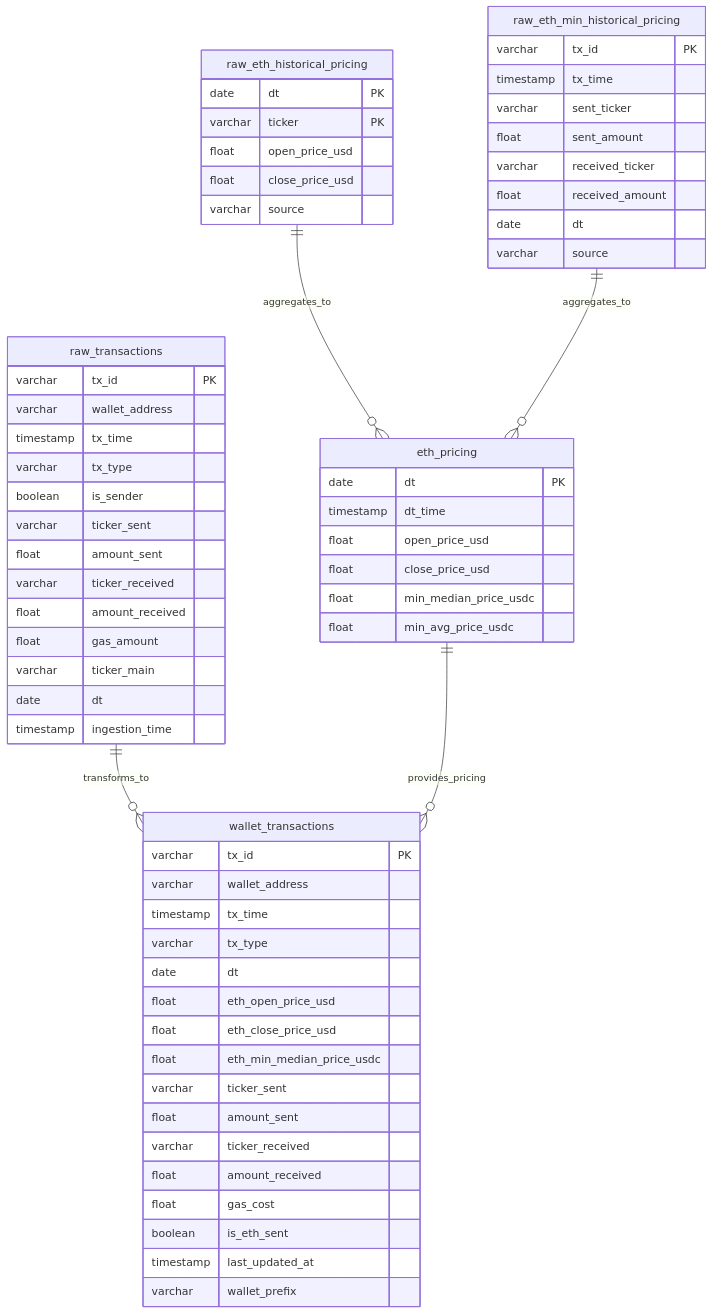
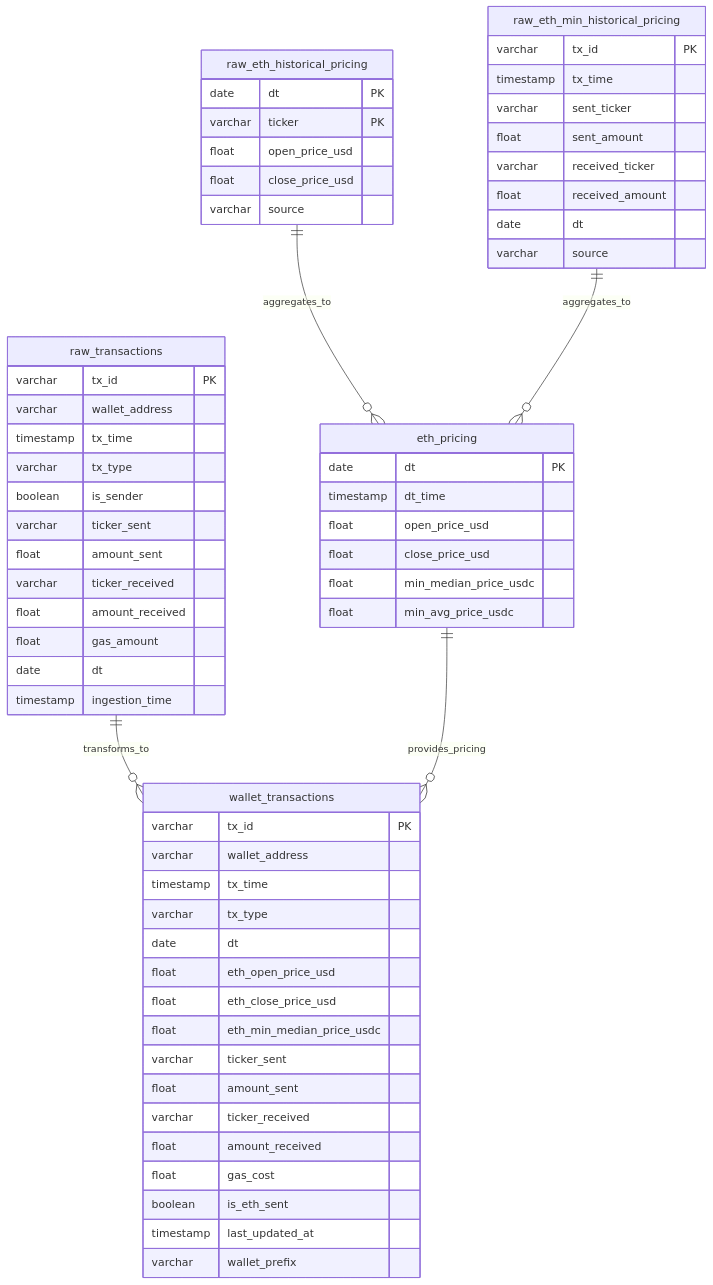
One commit to tripodoreo/ae_capstone_project changed the first of 2 diagrams in README.md. Above: the diagram before and after it, drawn with Mermaid. The commit also changed other lines of this file, not shown here.

````diff
--- a/README.md
+++ b/README.md
@@ -108,70 +107,69 @@
 ```mermaid
 erDiagram
     raw_eth_min_historical_pricing {
         varchar tx_id PK
         timestamp tx_time
         varchar sent_ticker
         float sent_amount
         varchar received_ticker
         float received_amount
         date dt
         varchar source
     }
 
     raw_eth_historical_pricing {
         date dt PK
         varchar ticker PK
         float open_price_usd
         float close_price_usd
         varchar source
     }
 
     raw_transactions {
         varchar tx_id PK
         varchar wallet_address
         timestamp tx_time
         varchar tx_type
         boolean is_sender
         varchar ticker_sent
         float amount_sent
         varchar ticker_received
         float amount_received
         float gas_amount
-        varchar ticker_main
         date dt
         timestamp ingestion_time
     }
 
     eth_pricing {
         date dt PK
         timestamp dt_time
         float open_price_usd
         float close_price_usd
         float min_median_price_usdc
         float min_avg_price_usdc
     }
 
     wallet_transactions {
         varchar tx_id PK
         varchar wallet_address
         timestamp tx_time
         varchar tx_type
         date dt
         float eth_open_price_usd
         float eth_close_price_usd
         float eth_min_median_price_usdc
         varchar ticker_sent
         float amount_sent
         varchar ticker_received
         float amount_received
         float gas_cost
         boolean is_eth_sent
         timestamp last_updated_at
         varchar wallet_prefix
     }
 
     raw_transactions ||--o{ wallet_transactions : "transforms_to"
     raw_eth_historical_pricing ||--o{ eth_pricing : "aggregates_to"
     raw_eth_min_historical_pricing ||--o{ eth_pricing : "aggregates_to"
     eth_pricing ||--o{ wallet_transactions : "provides_pricing"
 ```
````
